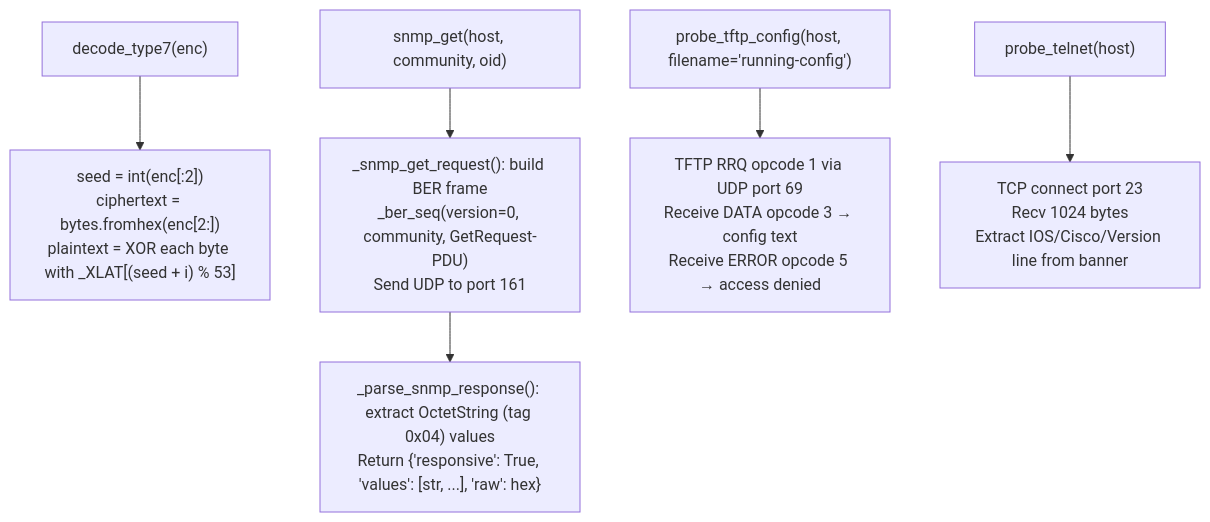
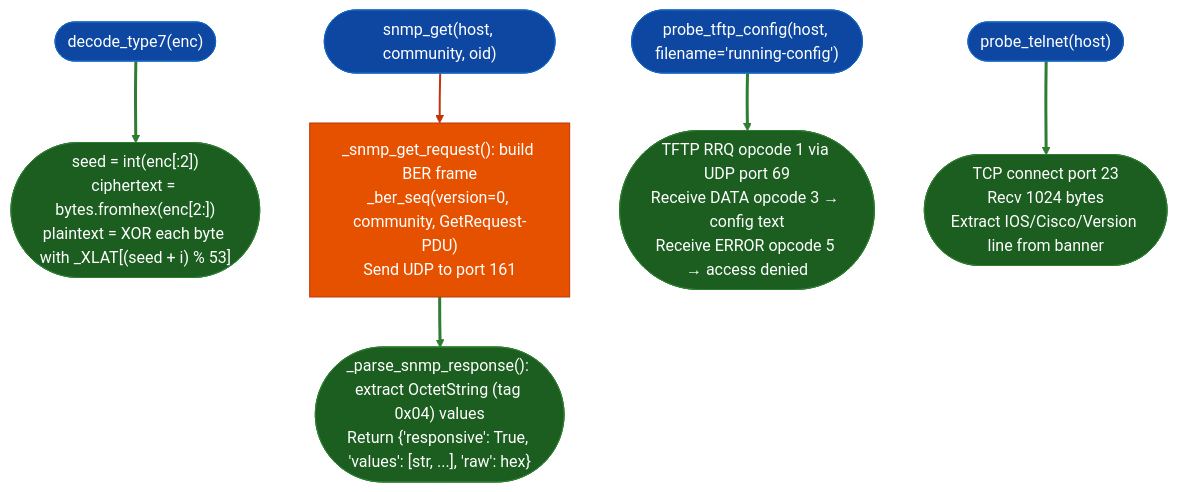
Before and after one commit to Ablation-Tool/ablation: the diagram in docs/reference-modules/appliance-configuration-secret-helpers.md, drawn with Mermaid. The commit also changed 320 other files, not shown here.

First line of the commit message:
docs: apply canonical Mermaid template to all 321 diagrams

````diff
--- a/docs/reference-modules/appliance-configuration-secret-helpers.md
+++ b/docs/reference-modules/appliance-configuration-secret-helpers.md
@@ -19,8 +19,19 @@
 ```mermaid
 flowchart TD
-    A["decode_type7(enc)"] --> B["seed = int(enc[:2])\nciphertext = bytes.fromhex(enc[2:])\nplaintext = XOR each byte with _XLAT[(seed + i) % 53]"]
-    C["snmp_get(host, community, oid)"] --> D["_snmp_get_request(): build BER frame\n_ber_seq(version=0, community, GetRequest-PDU)\nSend UDP to port 161"]
-    D --> E["_parse_snmp_response(): extract OctetString (tag 0x04) values\nReturn {'responsive': True, 'values': [str, ...], 'raw': hex}"]
-    F["probe_tftp_config(host, filename='running-config')"] --> G["TFTP RRQ opcode 1 via UDP port 69\nReceive DATA opcode 3 → config text\nReceive ERROR opcode 5 → access denied"]
-    H["probe_telnet(host)"] --> I["TCP connect port 23\nRecv 1024 bytes\nExtract IOS/Cisco/Version line from banner"]
+    A(["decode_type7(enc)"]):::input --> B(["seed = int(enc[:2])\nciphertext = bytes.fromhex(enc[2:])\nplaintext = XOR each byte with _XLAT[(seed + i) % 53]"]):::output
+    C(["snmp_get(host, community, oid)"]):::input --> D["_snmp_get_request(): build BER frame\n_ber_seq(version=0, community, GetRequest-PDU)\nSend UDP to port 161"]:::primary
+    D:::primary --> E(["_parse_snmp_response(): extract OctetString (tag 0x04) values\nReturn {'responsive': True, 'values': [str, ...], 'raw': hex}"]):::output
+    F(["probe_tftp_config(host, filename='running-config')"]):::input --> G(["TFTP RRQ opcode 1 via UDP port 69\nReceive DATA opcode 3 → config text\nReceive ERROR opcode 5 → access denied"]):::output
+    H(["probe_telnet(host)"]):::input --> I(["TCP connect port 23\nRecv 1024 bytes\nExtract IOS/Cisco/Version line from banner"]):::output
+    classDef input     fill:#0d47a1,stroke:#1565c0,color:#fff
+    classDef primary   fill:#e65100,stroke:#bf360c,color:#fff
+    classDef secondary fill:#004d40,stroke:#00695c,color:#fff
+    classDef tertiary  fill:#4a148c,stroke:#6a1b9a,color:#fff
+    classDef neutral   fill:#37474f,stroke:#546e7a,color:#fff
+    classDef output    fill:#1b5e20,stroke:#2e7d32,color:#fff
+    linkStyle 0 stroke:#2e7d32,stroke-width:3px
+    linkStyle 1 stroke:#bf360c,stroke-width:2px
+    linkStyle 2 stroke:#2e7d32,stroke-width:3px
+    linkStyle 3 stroke:#2e7d32,stroke-width:3px
+    linkStyle 4 stroke:#2e7d32,stroke-width:3px
 ```
````
